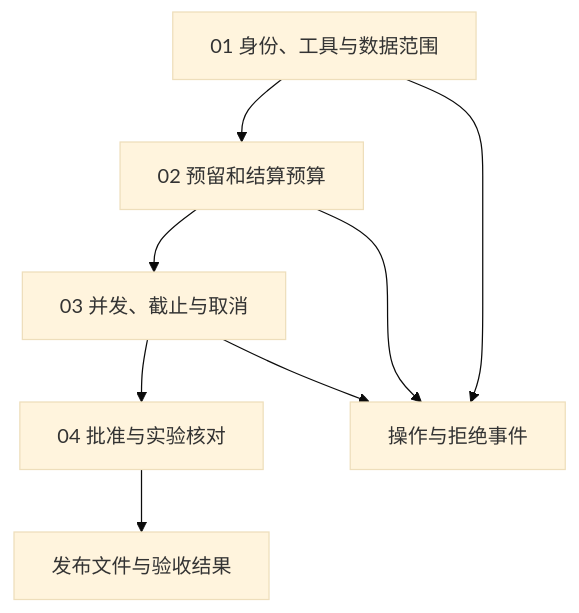
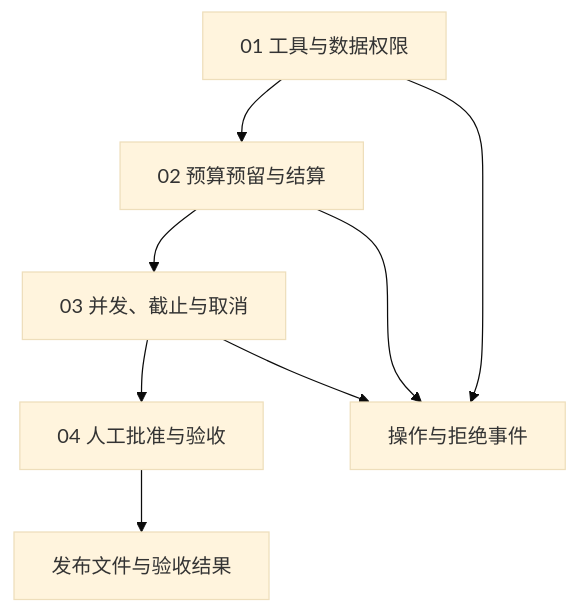
Before and after one commit to HarryYangthu/TheBestAIGuide: the diagram in 10-Knowledge/12-permissions-and-resources/README.md, drawn with Mermaid (base theme). The commit also changed other lines of this file and 75 other files, not shown here.

````diff
--- a/10-Knowledge/12-permissions-and-resources/README.md
+++ b/10-Knowledge/12-permissions-and-resources/README.md
@@ -7,10 +9,10 @@
 ```mermaid
 flowchart TD
-    A["01 身份、工具与数据范围"] --> B["02 预留和结算预算"]
+    A["01 工具与数据权限"] --> B["02 预算预留与结算"]
     B --> C["03 并发、截止与取消"]
-    C --> D["04 批准与实验核对"]
+    C --> D["04 人工批准与验收"]
     A --> E["操作与拒绝事件"]
     B --> E
     C --> E
     D --> F["发布文件与验收结果"]
 ```
````
